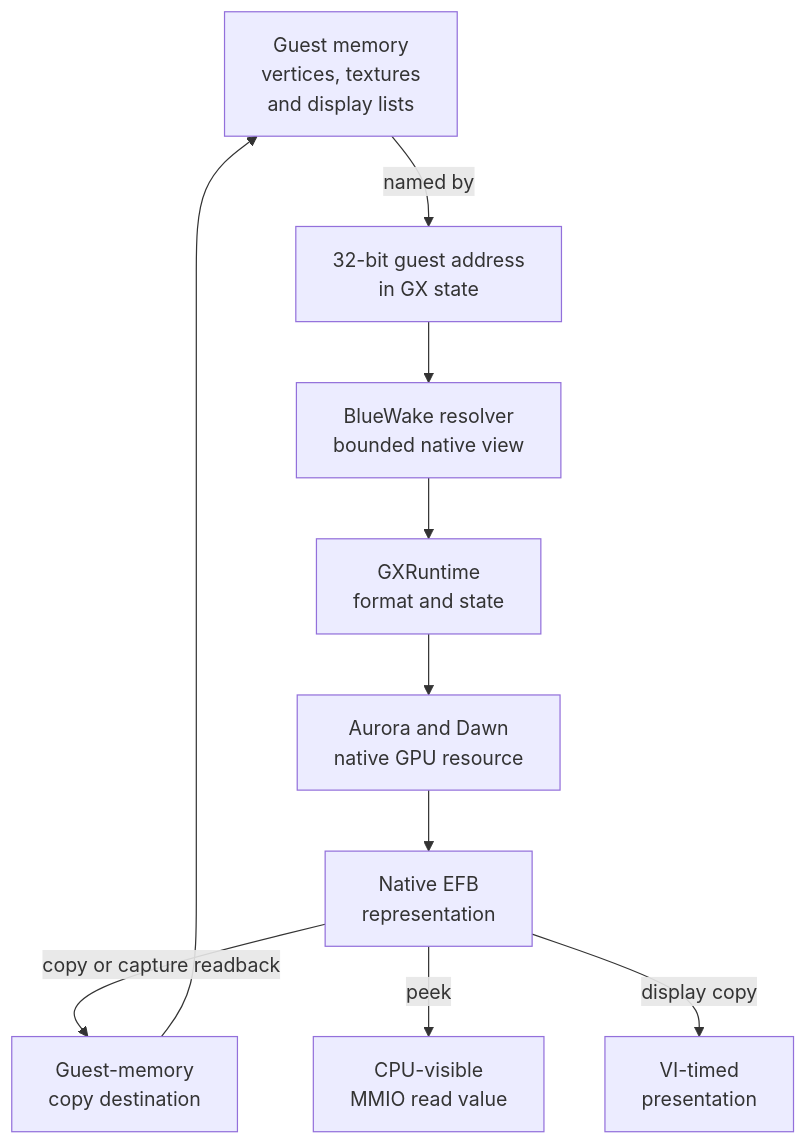
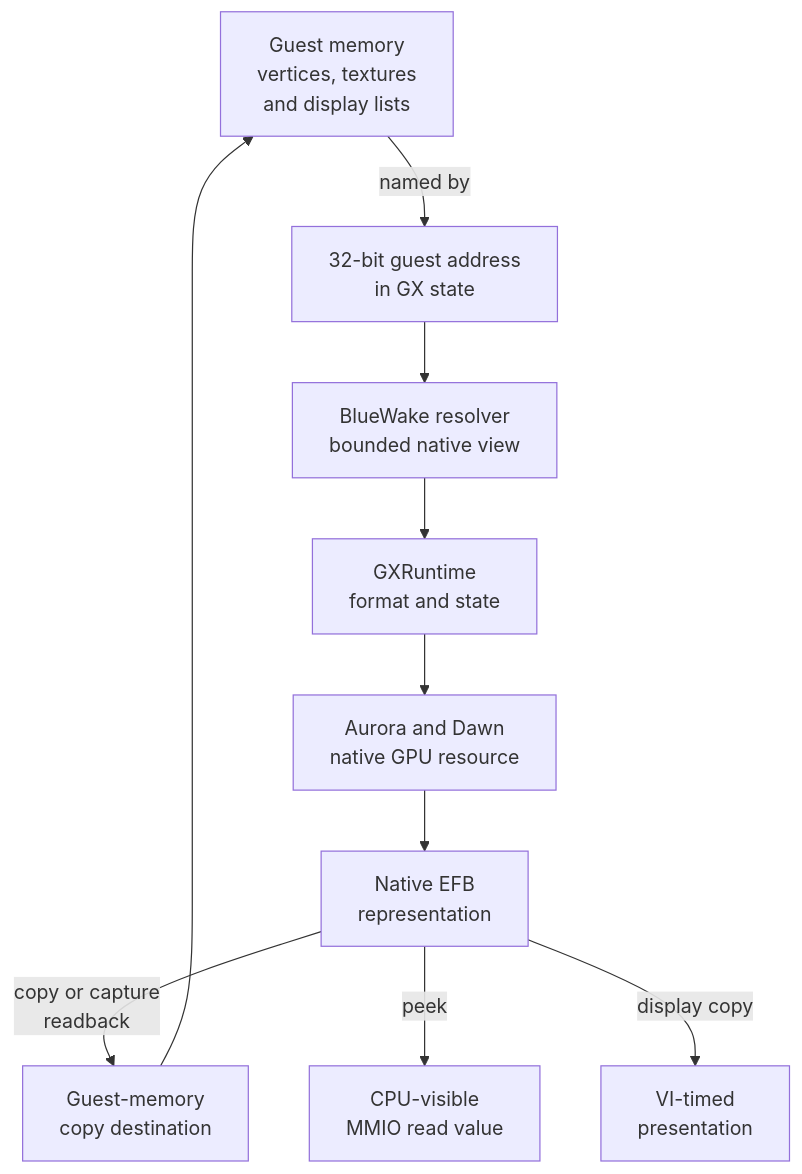
The fifth of 11 diagrams in docs/architecture/Graphics.md (Aelbannan/boat_of_daphnes), drawn with Mermaid before and after one commit. The commit also changed other lines of this file and 7 other files, not shown here.

Commit message:
Wrap Mermaid diagram labels

````diff
--- a/docs/architecture/Graphics.md
+++ b/docs/architecture/Graphics.md
@@ -305,27 +313,27 @@
 ```mermaid
 flowchart TD
     Memory["`Guest memory
 vertices, textures
 and display lists`"]
     Address["`32-bit guest address
 in GX state`"]
     Resolver["`BlueWake resolver
 bounded native view`"]
     Front["`GXRuntime
 format and state`"]
     Resource["`Aurora and Dawn
 native GPU resource`"]
     EFB["`Native EFB
 representation`"]
     Copy["`Guest-memory
 copy destination`"]
     Read["`CPU-visible
 MMIO read value`"]
     Present["`VI-timed
 presentation`"]
 
     Memory -->|"named by"| Address --> Resolver --> Front --> Resource --> EFB
-    EFB -->|"copy or capture readback"| Copy --> Memory
+    EFB -->|"copy or capture<br/>readback"| Copy --> Memory
     EFB -->|"peek"| Read
     EFB -->|"display copy"| Present
 ```
````
